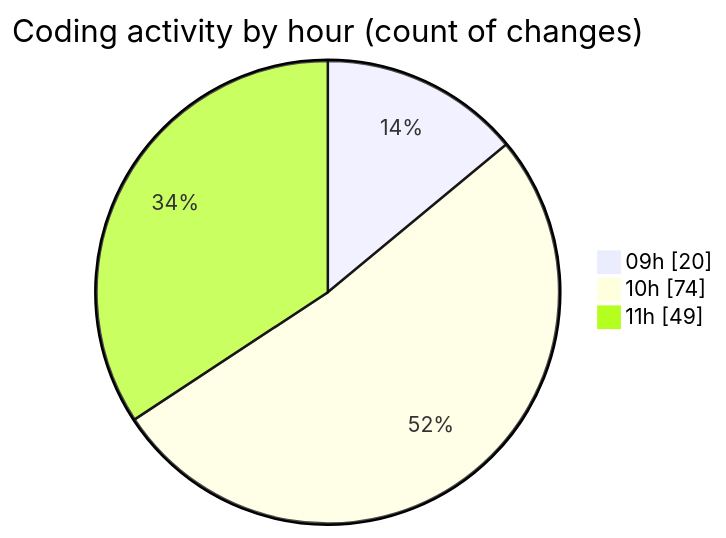
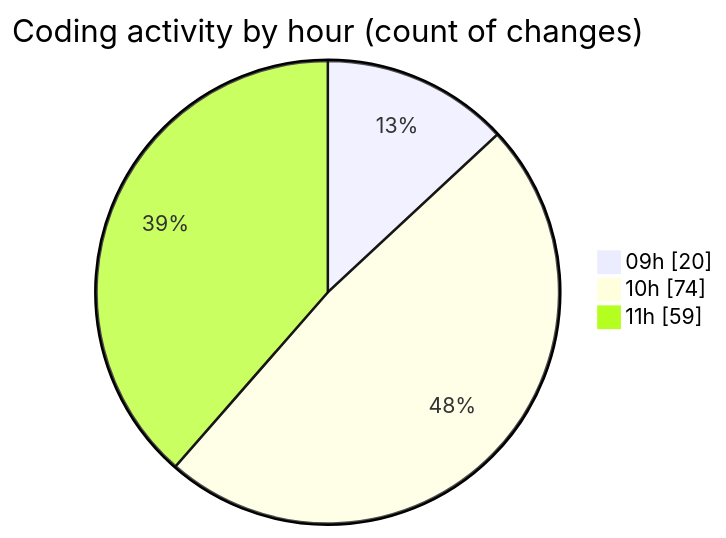
One commit to CELIANVF/code-tracking changed the second of 2 diagrams in 2025-06-06/ecodeli-1/README.md. Above: the diagram before and after it, drawn with Mermaid. The commit also changed other lines of this file and 1 other file, not shown here.

````diff
--- a/2025-06-06/ecodeli-1/README.md
+++ b/2025-06-06/ecodeli-1/README.md
@@ -76,7 +78,7 @@
 ```mermaid
 pie showData
 title Coding activity by hour (count of changes)
 "09h" : 20
 "10h" : 74
-"11h" : 49
+"11h" : 59
 ```
````
